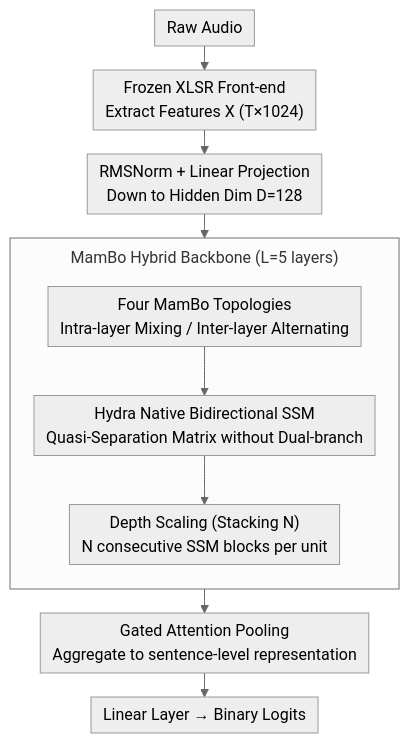
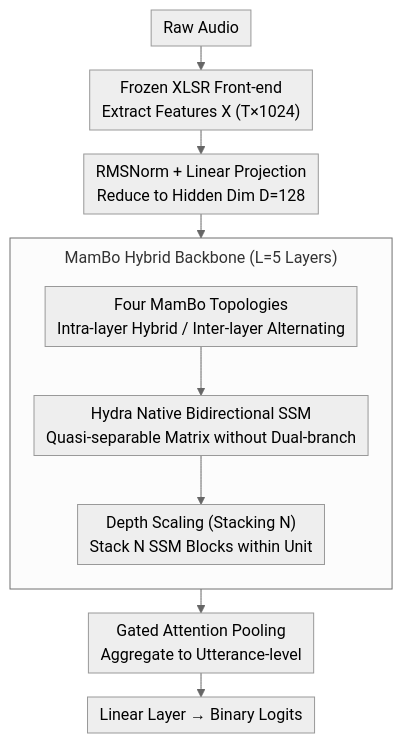
Before and after one commit to zhaoyang97/Paper-Notes-en: the diagram in docs/ACL2026/audio_speech/xlsr-mambo_scaling_the_hybrid_mamba-attention_backbone_for_audio_deepfake_detect.md, drawn with Mermaid (neutral theme). The commit also changed other lines of this file and 5084 other files, not shown here.

````diff
--- a/docs/ACL2026/audio_speech/xlsr-mambo_scaling_the_hybrid_mamba-attention_backbone_for_audio_deepfake_detect.md
+++ b/docs/ACL2026/audio_speech/xlsr-mambo_scaling_the_hybrid_mamba-attention_backbone_for_audio_deepfake_detect.md
@@ -46,14 +46,14 @@
 ```mermaid
 %%{init: {'flowchart': {'rankSpacing': 24, 'nodeSpacing': 28, 'padding': 6, 'wrappingWidth': 400, 'subGraphTitleMargin': {'top': 8, 'bottom': 16}}}}%%
 flowchart TD
     A["Raw Audio"] --> B["Frozen XLSR Front-end<br/>Extract Features X (T×1024)"]
-    B --> C["RMSNorm + Linear Projection<br/>Down to Hidden Dim D=128"]
+    B --> C["RMSNorm + Linear Projection<br/>Reduce to Hidden Dim D=128"]
     C --> D
-    subgraph MB["MamBo Hybrid Backbone (L=5 layers)"]
+    subgraph MB["MamBo Hybrid Backbone (L=5 Layers)"]
         direction TB
-        D["Four MamBo Topologies<br/>Intra-layer Mixing / Inter-layer Alternating"] --> E["Hydra Native Bidirectional SSM<br/>Quasi-Separation Matrix without Dual-branch"]
-        E --> F["Depth Scaling (Stacking N)<br/>N consecutive SSM blocks per unit"]
+        D["Four MamBo Topologies<br/>Intra-layer Hybrid / Inter-layer Alternating"] --> E["Hydra Native Bidirectional SSM<br/>Quasi-separable Matrix without Dual-branch"]
+        E --> F["Depth Scaling (Stacking N)<br/>Stack N SSM Blocks within Unit"]
     end
-    F --> G["Gated Attention Pooling<br/>Aggregate to sentence-level representation"]
+    F --> G["Gated Attention Pooling<br/>Aggregate to Utterance-level"]
     G --> H["Linear Layer → Binary Logits"]
 ```
````
